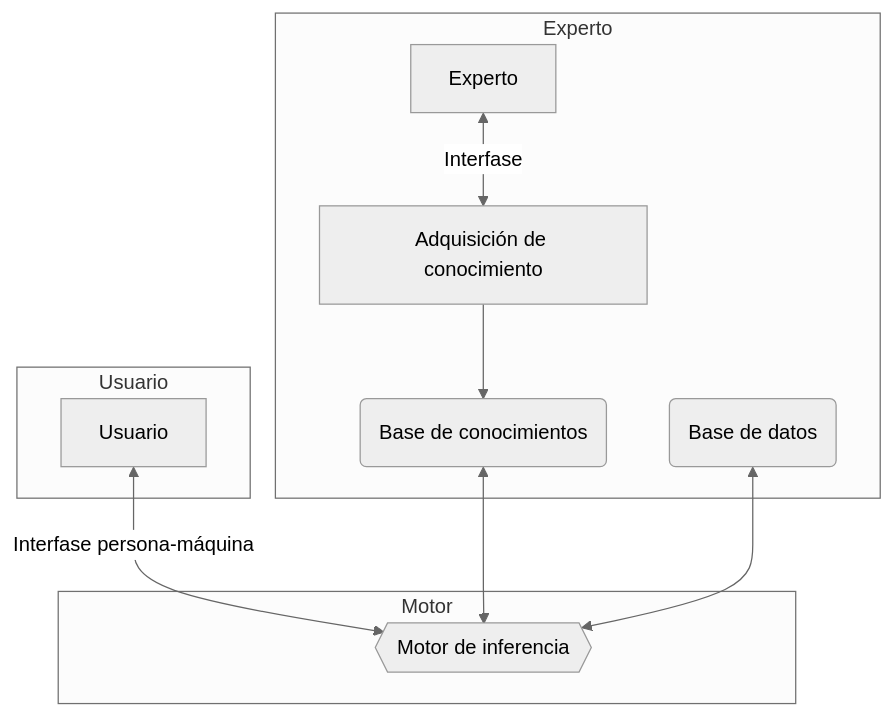
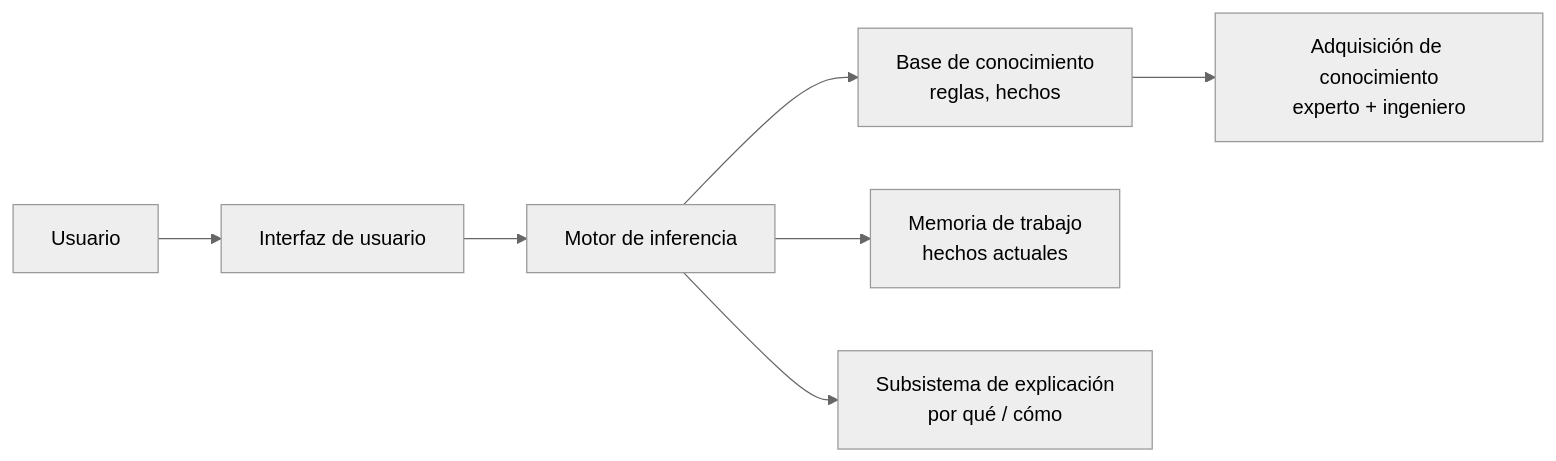
One commit to martinezpenya/ModelosIA changed the first of 3 diagrams in docs/UD05/UD05_ES.md. Above: the diagram before and after it, drawn with Mermaid (neutral theme). The commit also changed other lines of this file and 32 other files, not shown here.

````diff
--- a/docs/UD05/UD05_ES.md
+++ b/docs/UD05/UD05_ES.md
@@ -128,17 +119,9 @@
 ```mermaid
-flowchart TB
-	subgraph Motor
-		M{{Motor de inferencia}}
-	end	
-    subgraph Usuario
-		U[Usuario] <-- Interfase persona-máquina --> M
-	end
-    subgraph Experto
-		E[Experto]
-		E <-- Interfase --> A[Adquisición de conocimiento]
-		A --> B(Base de conocimientos)
-		BD(Base de datos)
-	end
-	B <--> M
-	BD <--> M
+flowchart LR
+    U[Usuario] --> I[Interfaz de usuario]
+    I --> M[Motor de inferencia]
+    M --> KB[Base de conocimiento<br/>reglas, hechos]
+    M --> WM[Memoria de trabajo<br/>hechos actuales]
+    M --> EX[Subsistema de explicación<br/>por qué / cómo]
+    KB --> E[Adquisición de conocimiento<br/>experto + ingeniero]
 ```
````
